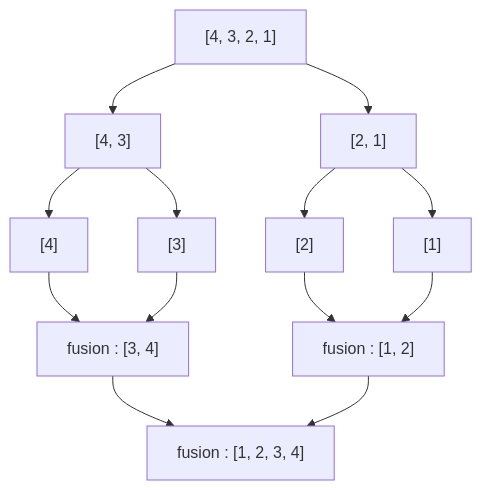
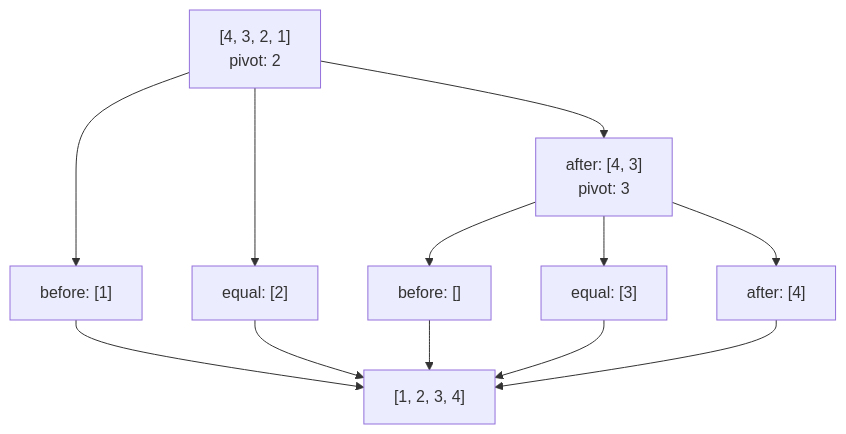
One commit to mintlify-demo/docs changed the diagram in fr/merge-sort-api/guides/how-it-works.mdx. Above: the diagram before and after it, drawn with Mermaid. The commit also changed other lines of this file and 19 other files, not shown here.

````diff
--- a/fr/merge-sort-api/guides/how-it-works.mdx
+++ b/fr/merge-sort-api/guides/how-it-works.mdx
@@ -11,15 +11,14 @@
 ```mermaid
 flowchart TD
-    A["[4, 3, 2, 1]"] --> B["[4, 3]"]
-    A --> C["[2, 1]"]
-    B --> D["[4]"]
-    B --> E["[3]"]
-    C --> F["[2]"]
-    C --> G["[1]"]
-    D --> H["fusion : [3, 4]"]
+    A["[4, 3, 2, 1]<br/>pivot: 2"] --> B["before: [1]"]
+    A --> C["equal: [2]"]
+    A --> D["after: [4, 3]<br/>pivot: 3"]
+    D --> E["before: []"]
+    D --> F["equal: [3]"]
+    D --> G["after: [4]"]
+    B --> H["[1, 2, 3, 4]"]
+    C --> H
     E --> H
-    F --> I["fusion : [1, 2]"]
-    G --> I
-    H --> J["fusion : [1, 2, 3, 4]"]
-    I --> J
+    F --> H
+    G --> H
 ```
````
